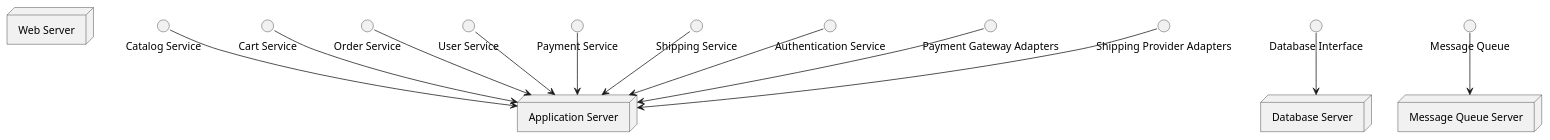
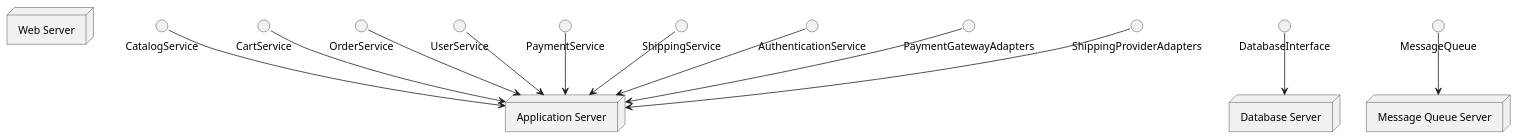
Before and after one commit to alessiagatto/documenter-agent: the diagram in docs/generated/diagrams/deployment_diagram.puml, drawn with PlantUML. The commit also changed 9 other files, not shown here.

Commit message:
Integrazione Vision LLM per analisi automatica dei diagrammi UML e rigenerazione migliorata del sequence diagram. Aggiunta compilazione automatica PlantUML e correzione pipeline generazione diagrammi.

```diff
--- a/docs/generated/diagrams/deployment_diagram.puml
+++ b/docs/generated/diagrams/deployment_diagram.puml
@@ -1,20 +1,20 @@
 @startuml
 skinparam nodeStyle rectangle
 
-node "Web Server"
-node "Application Server"
-node "Database Server"
-node "Message Queue Server"
+node "Web Server" as WebServer
+node "Application Server" as ApplicationServer
+node "Database Server" as DatabaseServer
+node "Message Queue Server" as MessageQueueServer
 
-"Catalog Service" --> "Application Server"
-"Cart Service" --> "Application Server"
-"Order Service" --> "Application Server"
-"User Service" --> "Application Server"
-"Payment Service" --> "Application Server"
-"Shipping Service" --> "Application Server"
-"Database Interface" --> "Database Server"
-"Authentication Service" --> "Application Server"
-"Payment Gateway Adapters" --> "Application Server"
-"Shipping Provider Adapters" --> "Application Server"
-"Message Queue" --> "Message Queue Server"
+CatalogService --> ApplicationServer
+CartService --> ApplicationServer
+OrderService --> ApplicationServer
+UserService --> ApplicationServer
+PaymentService --> ApplicationServer
+ShippingService --> ApplicationServer
+DatabaseInterface --> DatabaseServer
+AuthenticationService --> ApplicationServer
+PaymentGatewayAdapters --> ApplicationServer
+ShippingProviderAdapters --> ApplicationServer
+MessageQueue --> MessageQueueServer
 @enduml
```
